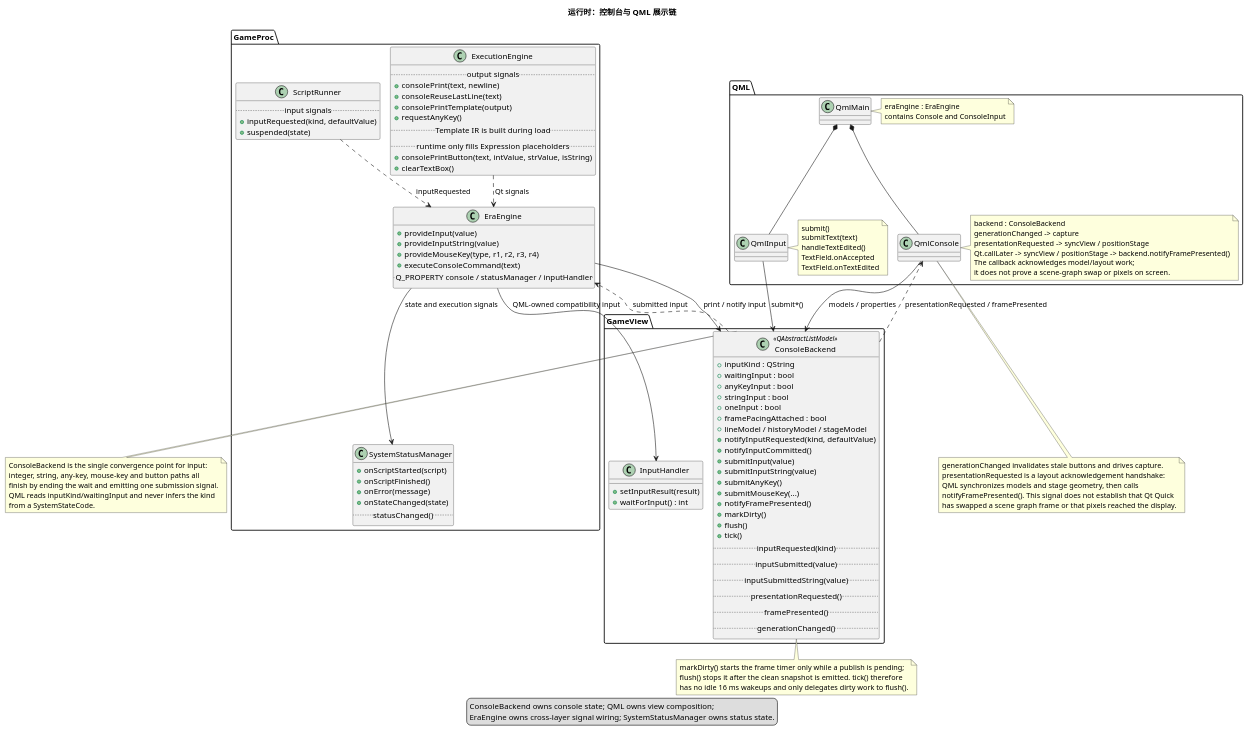
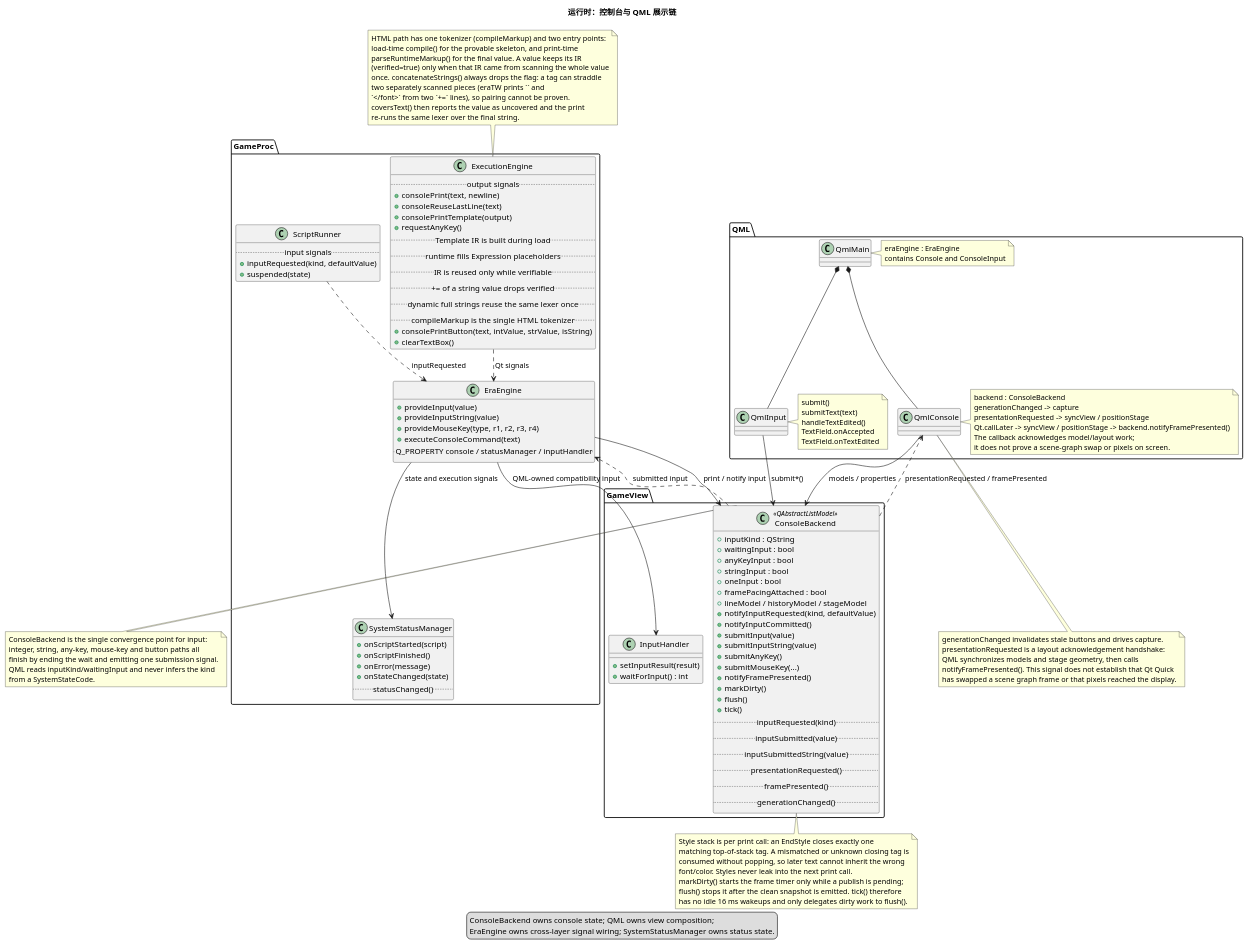
Before and after one commit to yigekuyou/qt-eraemu: the diagram in docs/uml/04-runtime-console-qml.puml, drawn with PlantUML. The commit also changed 5 other files, not shown here.

```diff
--- a/docs/uml/04-runtime-console-qml.puml
+++ b/docs/uml/04-runtime-console-qml.puml
@@ -1,145 +1,165 @@
 @startuml 04-runtime-console-qml
 !pragma layout smetana
 ' 运行时责任 3/4：输出、输入桥接与 QML 呈现
 ' 来源：eraengine.cpp, GameProc/execution_engine.h, GameView/console_backend.h,
 '       GameView/system_status_manager.h, GameView/input_handler.h, qml/Console.qml,
 '       qml/ConsoleInput.qml
 
 title 运行时：控制台与 QML 展示链
 
 package "GameProc" {
   class ExecutionEngine {
     .. output signals ..
     + consolePrint(text, newline)
     + consoleReuseLastLine(text)
     + consolePrintTemplate(output)
     + requestAnyKey()
     .. Template IR is built during load ..
-    .. runtime only fills Expression placeholders ..
+    .. runtime fills Expression placeholders ..
+    .. IR is reused only while verifiable ..
+    .. += of a string value drops verified ..
+    .. dynamic full strings reuse the same lexer once ..
+    .. compileMarkup is the single HTML tokenizer ..
     + consolePrintButton(text, intValue, strValue, isString)
     + clearTextBox()
   }
 
   class ScriptRunner {
     .. input signals ..
     + inputRequested(kind, defaultValue)
     + suspended(state)
   }
 
   class EraEngine {
     + provideInput(value)
     + provideInputString(value)
     + provideMouseKey(type, r1, r2, r3, r4)
     + executeConsoleCommand(text)
     .. Q_PROPERTY console / statusManager / inputHandler ..
   }
 
   class SystemStatusManager {
     + onScriptStarted(script)
     + onScriptFinished()
     + onError(message)
     + onStateChanged(state)
     .. statusChanged() ..
   }
 }
 
 package "GameView" {
   class ConsoleBackend <<QAbstractListModel>> {
     + inputKind : QString
     + waitingInput : bool
     + anyKeyInput : bool
     + stringInput : bool
     + oneInput : bool
     + framePacingAttached : bool
     + lineModel / historyModel / stageModel
     + notifyInputRequested(kind, defaultValue)
     + notifyInputCommitted()
     + submitInput(value)
     + submitInputString(value)
     + submitAnyKey()
     + submitMouseKey(...)
     + notifyFramePresented()
     + markDirty()
     + flush()
     + tick()
     .. inputRequested(kind) ..
     .. inputSubmitted(value) ..
     .. inputSubmittedString(value) ..
     .. presentationRequested() ..
     .. framePresented() ..
     .. generationChanged() ..
   }
 
   class InputHandler {
     + setInputResult(result)
     + waitForInput() : int
   }
 }
 
 package "QML" {
   class QmlConsole
   class QmlInput
   class QmlMain
 
   note right of QmlConsole
     backend : ConsoleBackend
     generationChanged -> capture
     presentationRequested -> syncView / positionStage
     Qt.callLater -> syncView / positionStage -> backend.notifyFramePresented()
     The callback acknowledges model/layout work;
     it does not prove a scene-graph swap or pixels on screen.
   end note
 
   note right of QmlInput
     submit()
     submitText(text)
     handleTextEdited()
     TextField.onAccepted
     TextField.onTextEdited
   end note
 
   note right of QmlMain
     eraEngine : EraEngine
     contains Console and ConsoleInput
   end note
 }
 
 ExecutionEngine ..> EraEngine : Qt signals
 ScriptRunner ..> EraEngine : inputRequested
 EraEngine --> ConsoleBackend : print / notify input
 ConsoleBackend ..> EraEngine : submitted input
 EraEngine --> SystemStatusManager : state and execution signals
 EraEngine --> InputHandler : QML-owned compatibility input
 QmlMain *-- QmlConsole
 QmlMain *-- QmlInput
 QmlConsole --> ConsoleBackend : models / properties
 QmlInput --> ConsoleBackend : submit*()
 ConsoleBackend ..> QmlConsole : presentationRequested / framePresented
 
 note right of ConsoleBackend
   ConsoleBackend is the single convergence point for input:
   integer, string, any-key, mouse-key and button paths all
   finish by ending the wait and emitting one submission signal.
   QML reads inputKind/waitingInput and never infers the kind
   from a SystemStateCode.
 end note
 
+note top of ExecutionEngine
+  HTML path has one tokenizer (compileMarkup) and two entry points:
+  load-time compile() for the provable skeleton, and print-time
+  parseRuntimeMarkup() for the final value. A value keeps its IR
+  (verified=true) only when that IR came from scanning the whole value
+  once. concatenateStrings() always drops the flag: a tag can straddle
+  two separately scanned pieces (eraTW prints `<font ...>` and
+  `</font>` from two `+=` lines), so pairing cannot be proven.
+  coversText() then reports the value as uncovered and the print
+  re-runs the same lexer over the final string.
+end note
+
 note bottom of QmlConsole
   generationChanged invalidates stale buttons and drives capture.
   presentationRequested is a layout acknowledgement handshake:
   QML synchronizes models and stage geometry, then calls
   notifyFramePresented(). This signal does not establish that Qt Quick
   has swapped a scene graph frame or that pixels reached the display.
 end note
 
 note bottom of ConsoleBackend
+  Style stack is per print call: an EndStyle closes exactly one
+  matching top-of-stack tag. A mismatched or unknown closing tag is
+  consumed without popping, so later text cannot inherit the wrong
+  font/color. Styles never leak into the next print call.
   markDirty() starts the frame timer only while a publish is pending;
   flush() stops it after the clean snapshot is emitted. tick() therefore
   has no idle 16 ms wakeups and only delegates dirty work to flush().
 end note
 
 legend bottom
   ConsoleBackend owns console state; QML owns view composition;
   EraEngine owns cross-layer signal wiring; SystemStatusManager owns status state.
 endlegend
 @enduml
```
